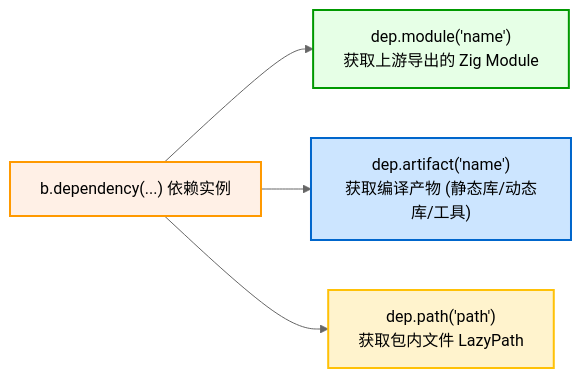
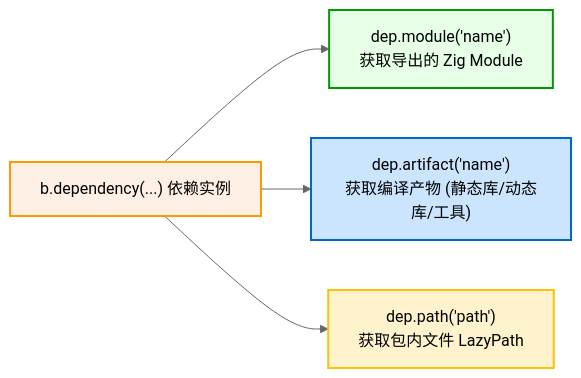
Before and after one commit to jiacai2050/zig-build: the diagram in src/part3/dependency-api.md, drawn with Mermaid (neutral theme). The commit also changed other lines of this file and 23 other files, not shown here.

````diff
--- a/src/part3/dependency-api.md
+++ b/src/part3/dependency-api.md
@@ -31,17 +31,17 @@
 ```mermaid
 graph LR
     Dep["b.dependency(...) 依赖实例"]
-    M_Mod["dep.module('name')<br/>获取上游导出的 Zig Module"]
+    M_Mod["dep.module('name')<br/>获取导出的 Zig Module"]
     M_Art["dep.artifact('name')<br/>获取编译产物 (静态库/动态库/工具)"]
     M_Path["dep.path('path')<br/>获取包内文件 LazyPath"]
 
     Dep --> M_Mod
     Dep --> M_Art
     Dep --> M_Path
 
     classDef default fill:#f8f9fa,stroke:#495057;
     style Dep fill:#fff0e6,stroke:#ff9900,stroke-width:2px;
     style M_Mod fill:#e6ffe6,stroke:#009900,stroke-width:2px;
     style M_Art fill:#cce5ff,stroke:#0066cc,stroke-width:2px;
     style M_Path fill:#fff3cd,stroke:#ffc107,stroke-width:2px;
 ```
````
